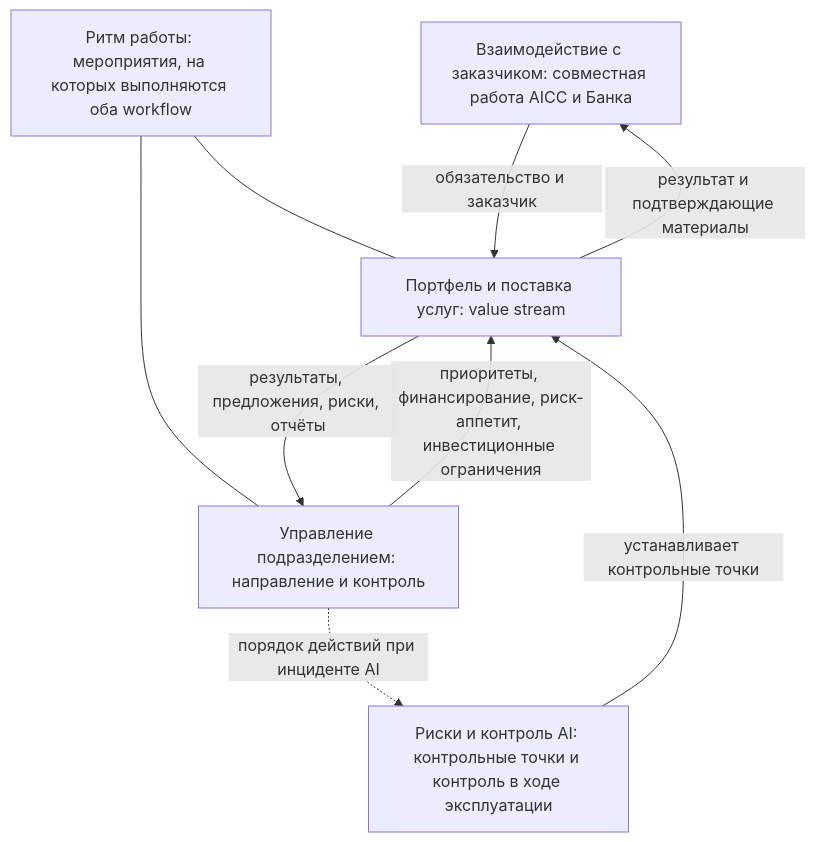
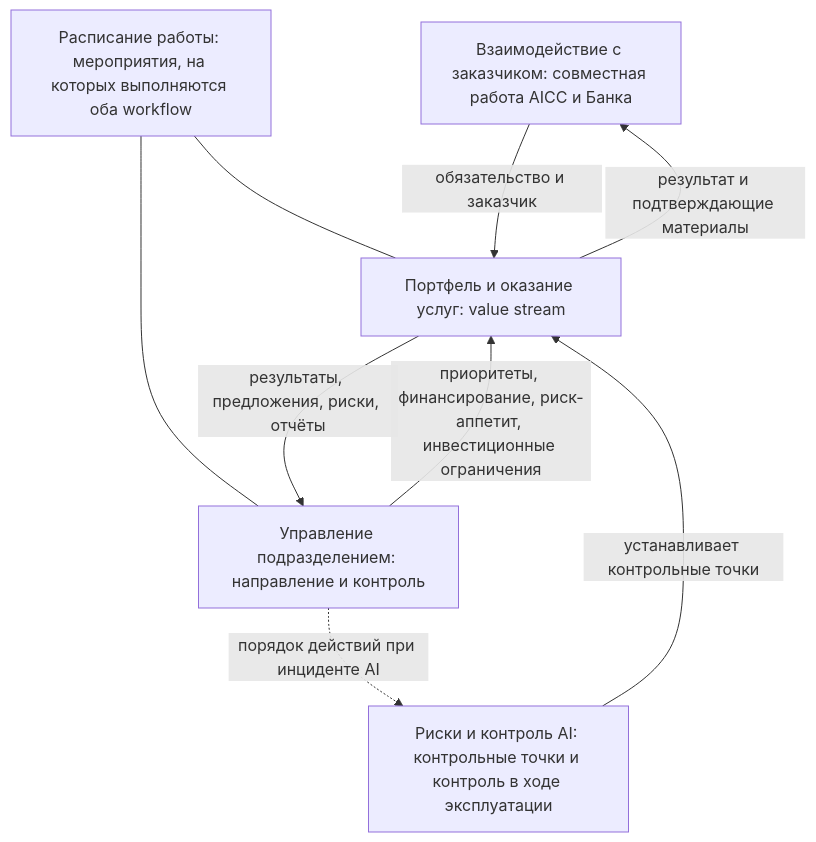
Before and after one commit to devhogu/ob-aicc: the diagram in charter/ru/workflows/README.md, drawn with Mermaid. The commit also changed other lines of this file and 142 other files, not shown here.

First line of the commit message:
Russian edition: «поставка» replaced by context (оказание услуг, разработка и внедрение, разработка, после внедрения); Cadence is «расписание работы»

````diff
--- a/charter/ru/workflows/README.md
+++ b/charter/ru/workflows/README.md
@@ -24,16 +24,16 @@
 ```mermaid
 flowchart TB
   E["Взаимодействие с заказчиком: совместная работа AICC и Банка"]
   G["Управление подразделением: направление и контроль"]
-  S["Портфель и поставка услуг: value stream"]
+  S["Портфель и оказание услуг: value stream"]
   R["Риски и контроль AI: контрольные точки и контроль в ходе эксплуатации"]
-  C["Ритм работы: мероприятия, на которых выполняются оба workflow"]
+  C["Расписание работы: мероприятия, на которых выполняются оба workflow"]
   E -->|"обязательство и заказчик"| S
   S -->|"результат и подтверждающие материалы"| E
   G -->|"приоритеты, финансирование, риск-аппетит, инвестиционные ограничения"| S
   S -->|"результаты, предложения, риски, отчёты"| G
   R -->|"устанавливает контрольные точки"| S
   G -.->|"порядок действий при инциденте AI"| R
   C --- G
   C --- S
 ```
````
